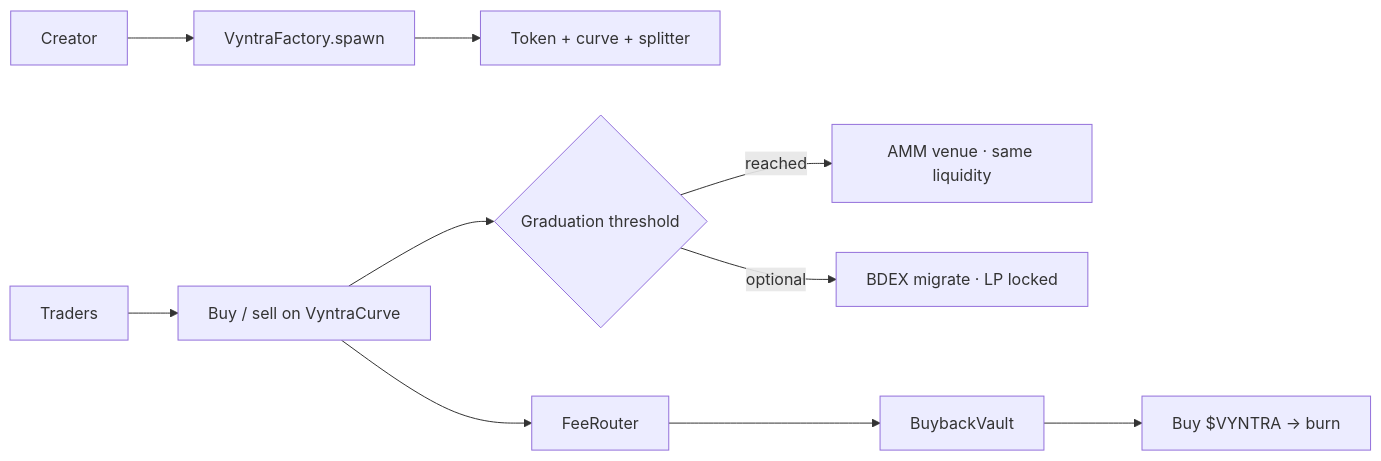
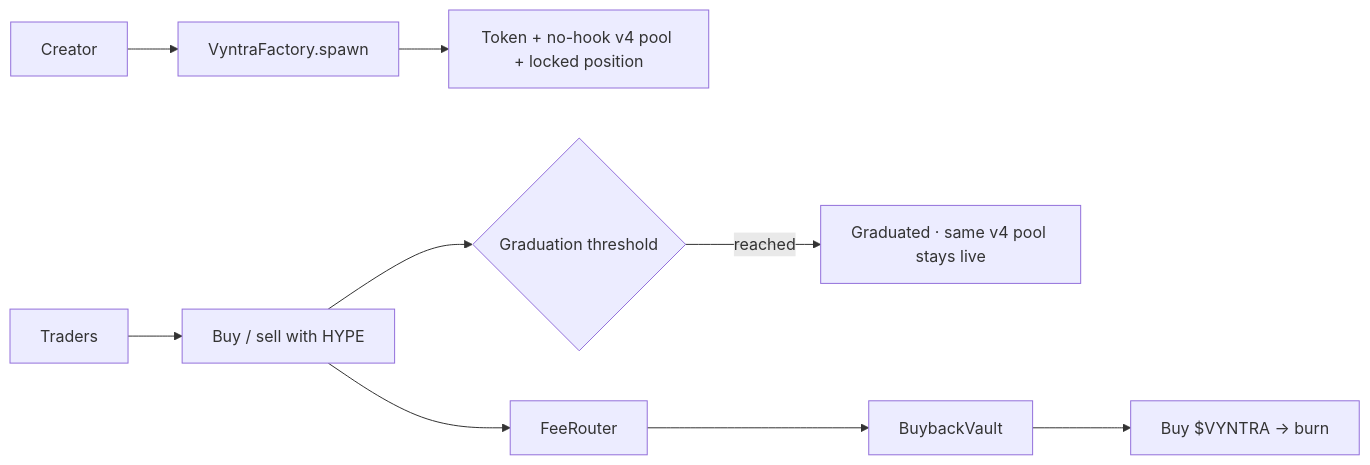
One commit to fawazdevx/Vyntra changed the diagram in README.md. Above: the diagram before and after it, drawn with Mermaid. The commit also changed other lines of this file and 86 other files, not shown here.

First line of the commit message:
feat: migrate Vyntra to Elysium with Uniswap v4

````diff
--- a/README.md
+++ b/README.md
@@ -52,12 +52,11 @@
 ```mermaid
 flowchart LR
     C["Creator"] --> F["VyntraFactory.spawn"]
-    F --> T["Token + curve + splitter"]
-    TR["Traders"] --> X["Buy / sell on VyntraCurve"]
+    F --> T["Token + no-hook v4 pool + locked position"]
+    TR["Traders"] --> X["Buy / sell with HYPE"]
     X --> G{"Graduation threshold"}
-    G -->|reached| A["AMM venue · same liquidity"]
-    G -->|optional| B["BDEX migrate · LP locked"]
+    G -->|reached| A["Graduated · same v4 pool stays live"]
     X --> R["FeeRouter"]
     R --> V["BuybackVault"]
     V --> Burn["Buy $VYNTRA → burn"]
 ```
````
